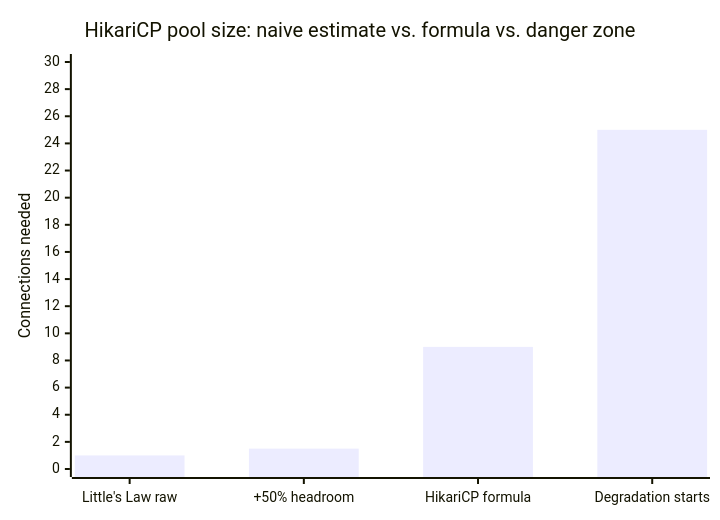
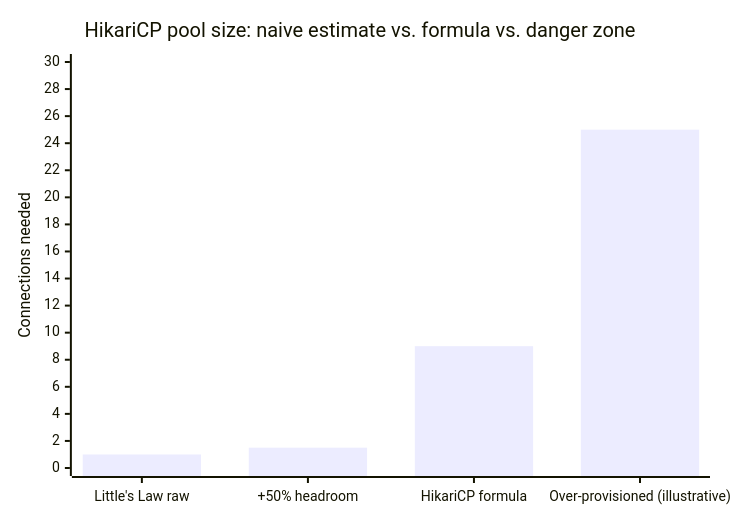
Before and after one commit to rppol/system-design: the second of 5 diagrams in src/main/java/com/rutik/systemdesign/backend/connection_pooling_deep_dive/README.md, drawn with Mermaid. The commit also changed other lines of this file and 21 other files, not shown here.

````diff
--- a/src/main/java/com/rutik/systemdesign/backend/connection_pooling_deep_dive/README.md
+++ b/src/main/java/com/rutik/systemdesign/backend/connection_pooling_deep_dive/README.md
@@ -150,7 +150,7 @@
 ```mermaid
 xychart-beta
     title "HikariCP pool size: naive estimate vs. formula vs. danger zone"
-    x-axis ["Little's Law raw", "+50% headroom", "HikariCP formula", "Degradation starts"]
+    x-axis ["Little's Law raw", "+50% headroom", "HikariCP formula", "Over-provisioned (illustrative)"]
     y-axis "Connections needed" 0 --> 30
     bar [1, 1.5, 9, 25]
 ```
````
